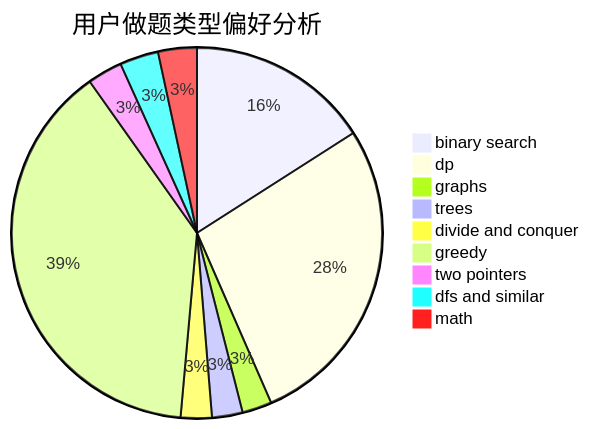
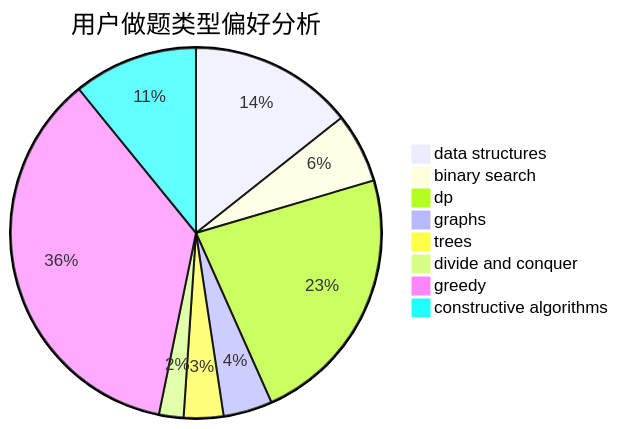
Before and after one commit to sherpahu/cfrs.github.io: the second of 3 diagrams in docs/user/u620.md, drawn with Mermaid. The commit also changed other lines of this file and 2775 other files, not shown here.

````diff
--- a/docs/user/u620.md
+++ b/docs/user/u620.md
@@ -23,12 +23,11 @@
 ```mermaid
 pie title 用户做题类型偏好分析
-    "binary search" :  382
-    "dp" :  659
-    "graphs" :  62
-    "trees" :  64
-    "divide and conquer" :  65
-    "greedy" :  929
-    "two pointers" :  73
-    "dfs and similar" :  81
-    "math" :  81
+    "data structures" :  87
+    "binary search" :  37
+    "dp" :  139
+    "graphs" :  26
+    "trees" :  21
+    "divide and conquer" :  13
+    "greedy" :  218
+    "constructive algorithms" :  66
 ```
````
